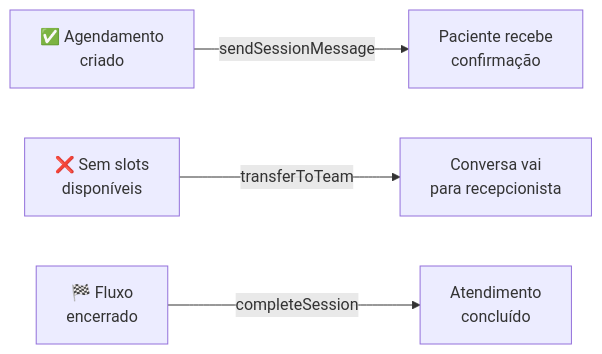
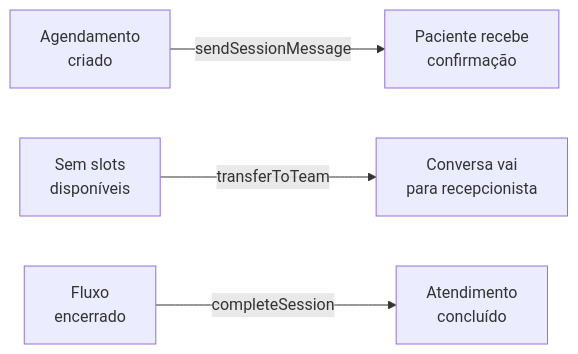
Before and after one commit to contactIA/Contact-Calendar: the sixth of 7 diagrams in README.md, drawn with Mermaid. The commit also changed other lines of this file, not shown here.

Commit message:
docs: reduce emojis, compress roadmap to end of May 2026

````diff
--- a/README.md
+++ b/README.md
@@ -261,6 +263,6 @@
 ```mermaid
 flowchart LR
-    A["✅ Agendamento\ncriado"] -->|sendSessionMessage| B["Paciente recebe\nconfirmação"]
-    C["❌ Sem slots\ndisponíveis"] -->|transferToTeam| D["Conversa vai\npara recepcionista"]
-    E["🏁 Fluxo\nencerrado"] -->|completeSession| F["Atendimento\nconcluído"]
+    A["Agendamento\ncriado"] -->|sendSessionMessage| B["Paciente recebe\nconfirmação"]
+    C["Sem slots\ndisponíveis"] -->|transferToTeam| D["Conversa vai\npara recepcionista"]
+    E["Fluxo\nencerrado"] -->|completeSession| F["Atendimento\nconcluído"]
 ```
````
